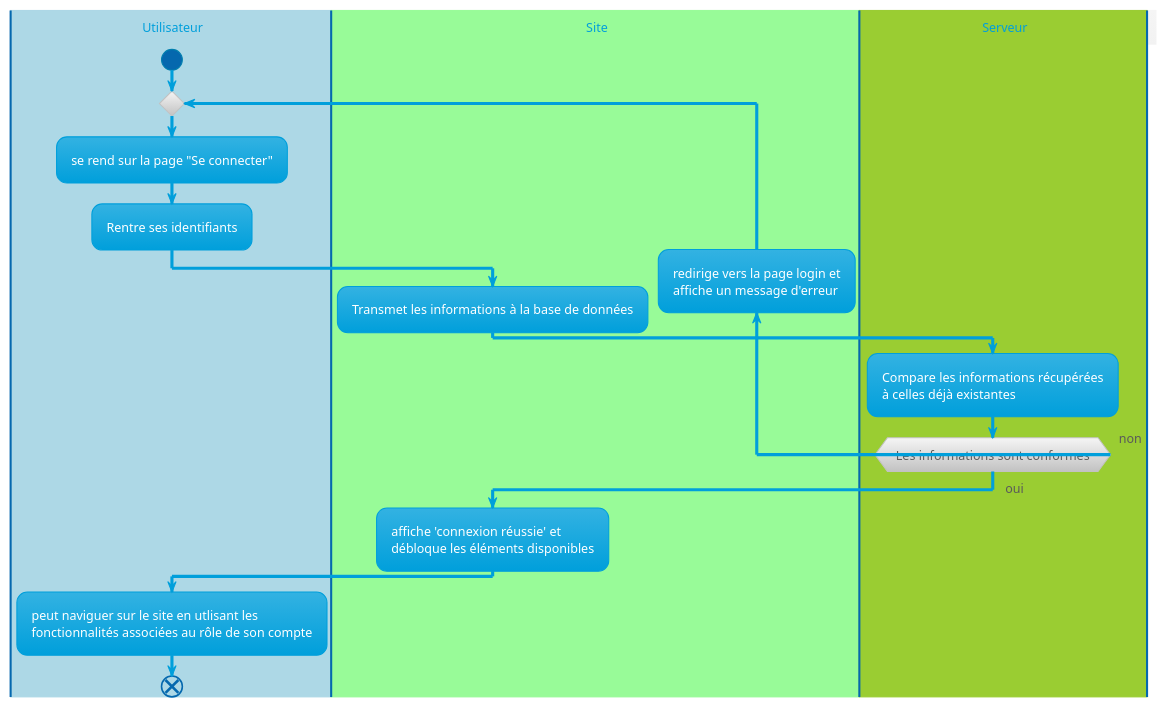
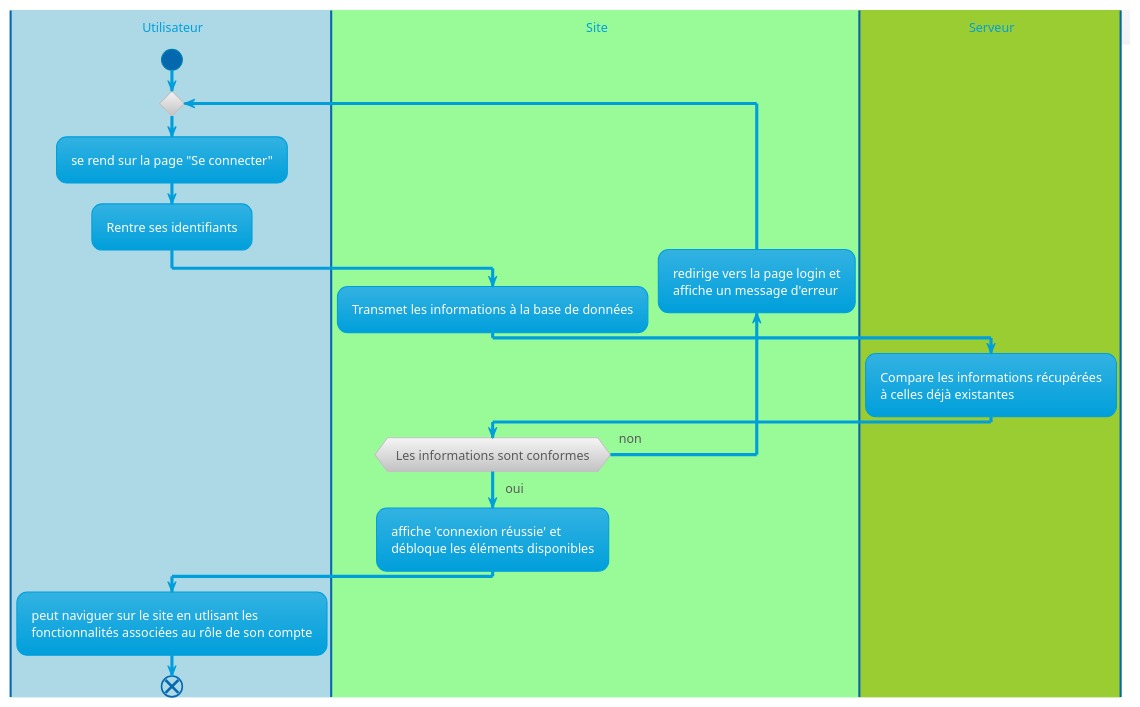
The first of 9 diagrams in diag_activité_parent.wsd (remip03/eduZouZou), drawn with PlantUML before and after one commit. The commit also changed other lines of this file, not shown here.

```diff
--- a/diag_activité_parent.wsd
+++ b/diag_activité_parent.wsd
@@ -1,34 +1,34 @@
 @startuml "EduZouZou - parent - connexion"
 !theme bluegray
 
 |#LightBlue|u| Utilisateur
 start
 |#Palegreen|s| Site
 |#YellowGreen|ser| Serveur
 
 |u|
 repeat;
 :se rend sur la page "Se connecter";
 :Rentre ses identifiants;
 |s|
 :Transmet les informations à la base de données;
 |ser|
 :Compare les informations récupérées
 à celles déjà existantes;
 |s|
 backward:redirige vers la page login et 
 affiche un message d'erreur;
-|ser|
+|s|
 repeatwhile(Les informations sont conformes) is(non) not(oui)
 |s|
 :affiche 'connexion réussie' et
 débloque les éléments disponibles;
 
 
 |u|
 :peut naviguer sur le site en utlisant les
 fonctionnalités associées au rôle de son compte;
 
 end
 
 @enduml
```
